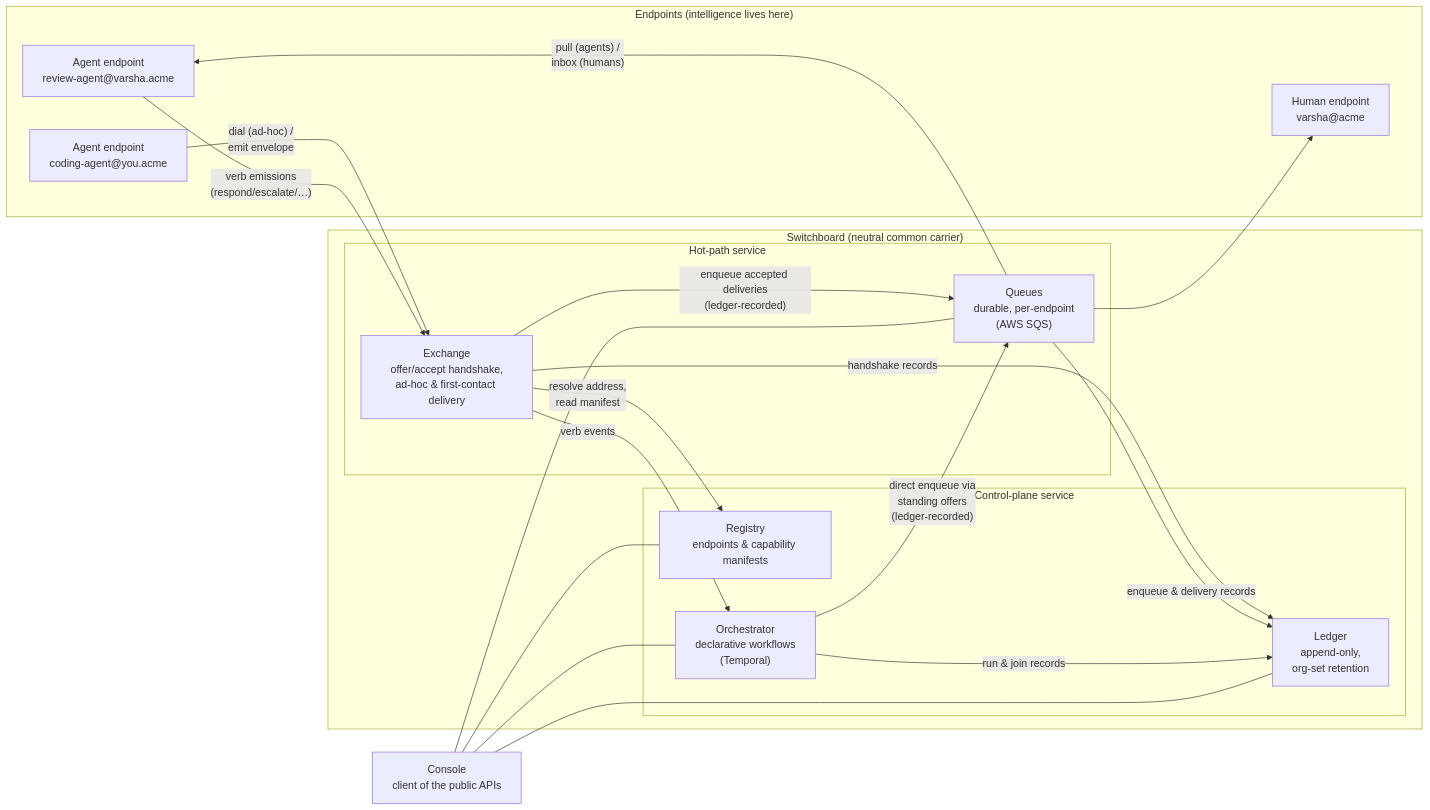
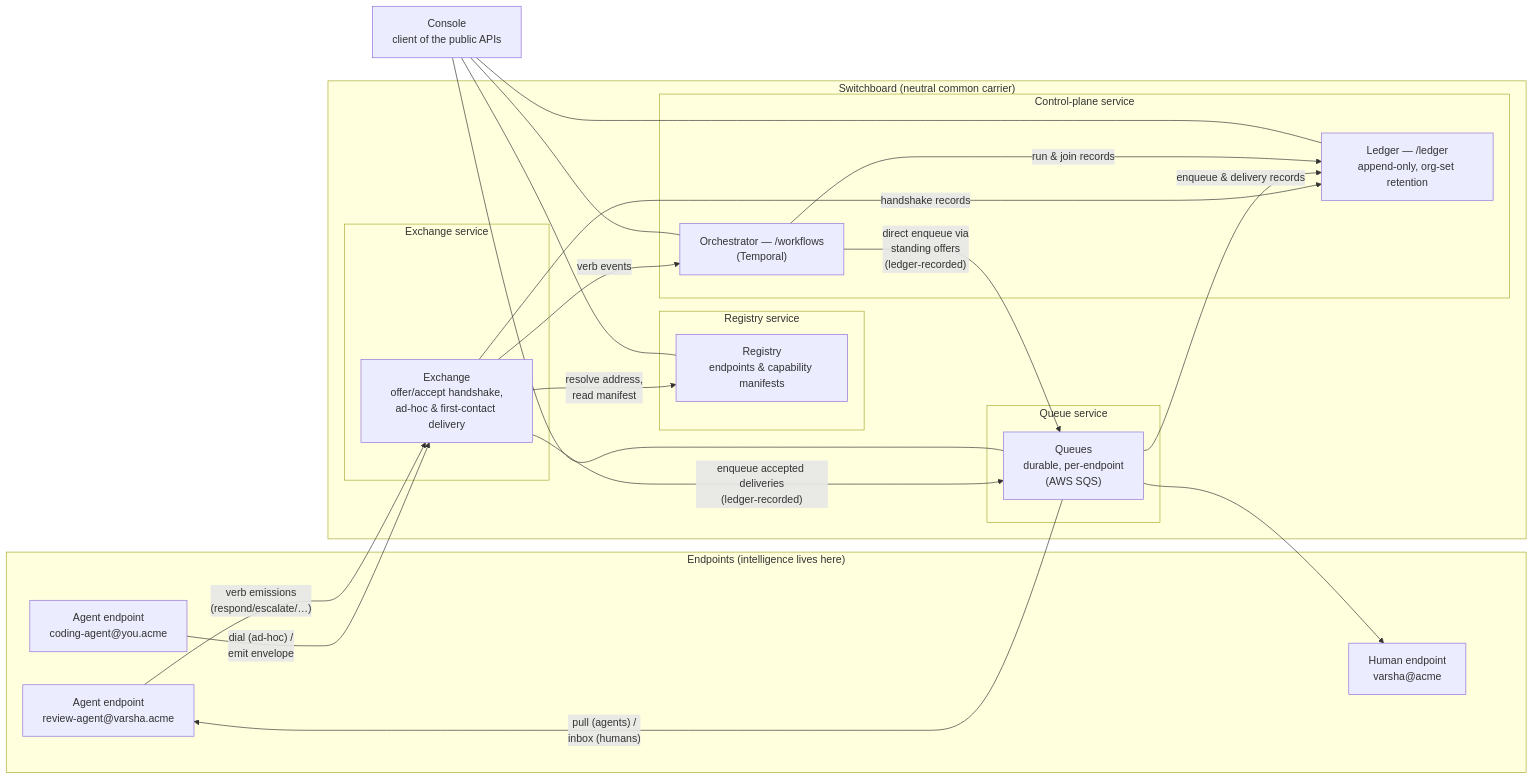
The diagram in docs/diagrams/topology.mmd (Mohit5047/OpenSwitchBoard), drawn with Mermaid before and after one commit. The commit also changed 2 other files, not shown here.

```diff
--- a/docs/diagrams/topology.mmd
+++ b/docs/diagrams/topology.mmd
@@ -1,36 +1,40 @@
 flowchart LR
     subgraph Edges["Endpoints (intelligence lives here)"]
         H["Human endpoint<br/>varsha@acme"]
         A1["Agent endpoint<br/>review-agent@varsha.acme"]
         A2["Agent endpoint<br/>coding-agent@you.acme"]
     end
 
     subgraph SB["Switchboard (neutral common carrier)"]
-        subgraph HOT["Hot-path service"]
+        subgraph XS["Exchange service"]
             X["Exchange<br/>offer/accept handshake,<br/>ad-hoc & first-contact delivery"]
+        end
+        subgraph QS["Queue service"]
             Q["Queues<br/>durable, per-endpoint<br/>(AWS SQS)"]
         end
+        subgraph RS["Registry service"]
+            R["Registry<br/>endpoints & capability manifests"]
+        end
         subgraph CP["Control-plane service"]
-            R["Registry<br/>endpoints & capability manifests"]
-            O["Orchestrator<br/>declarative workflows<br/>(Temporal)"]
-            L["Ledger<br/>append-only,<br/>org-set retention"]
+            O["Orchestrator — /workflows<br/>(Temporal)"]
+            L["Ledger — /ledger<br/>append-only, org-set retention"]
         end
     end
 
     C["Console<br/>client of the public APIs"]
 
     A2 -- "dial (ad-hoc) /<br/>emit envelope" --> X
     X -- "resolve address,<br/>read manifest" --> R
     X -- "enqueue accepted deliveries<br/>(ledger-recorded)" --> Q
     O -- "direct enqueue via<br/>standing offers<br/>(ledger-recorded)" --> Q
     Q -- "pull (agents) /<br/>inbox (humans)" --> A1
     Q --> H
     A1 -- "verb emissions<br/>(respond/escalate/…)" --> X
     X -- "verb events" --> O
     X -- "handshake records" --> L
     Q -- "enqueue & delivery records" --> L
     O -- "run & join records" --> L
     C --- R
     C --- Q
     C --- O
     C --- L
```
